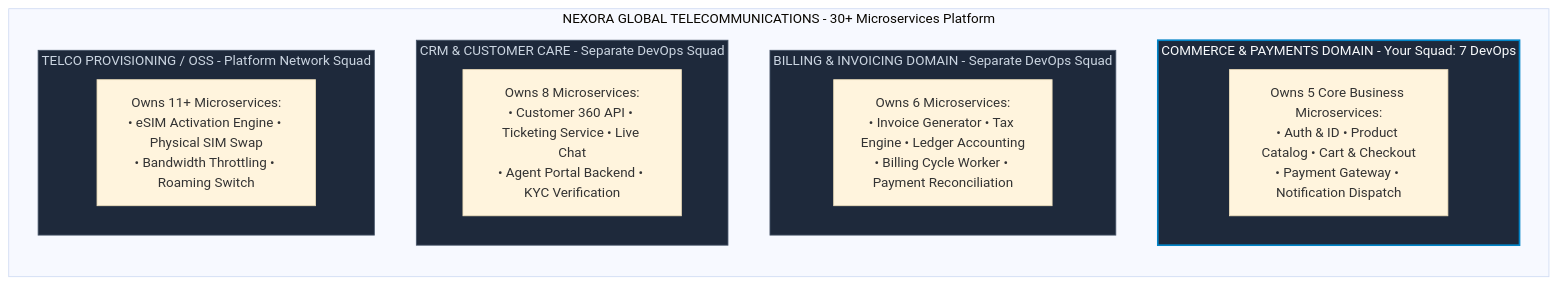
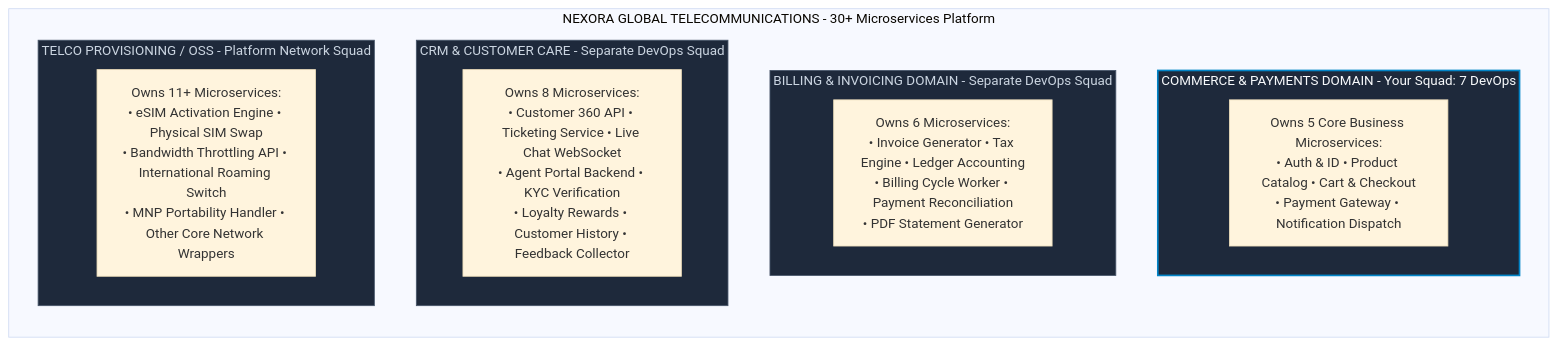
The first of 14 diagrams in DevOps_CI_CD_Master_Engineering_Blueprint.md (pvsafwa/devops-course-playbook), drawn with Mermaid (base theme) before and after one commit. The commit also changed other lines of this file, not shown here.

````diff
--- a/DevOps_CI_CD_Master_Engineering_Blueprint.md
+++ b/DevOps_CI_CD_Master_Engineering_Blueprint.md
@@ -26,22 +29,22 @@
 ```mermaid
 flowchart TB
     subgraph EnterprisePlatform["NEXORA GLOBAL TELECOMMUNICATIONS - 30+ Microservices Platform"]
         direction TB
         subgraph Domain1["COMMERCE & PAYMENTS DOMAIN - Your Squad: 7 DevOps"]
             D1_Desc["Owns 5 Core Business Microservices:<br/>• Auth & ID • Product Catalog • Cart & Checkout<br/>• Payment Gateway • Notification Dispatch"]
         end
         subgraph Domain2["BILLING & INVOICING DOMAIN - Separate DevOps Squad"]
-            D2_Desc["Owns 6 Microservices:<br/>• Invoice Generator • Tax Engine • Ledger Accounting<br/>• Billing Cycle Worker • Payment Reconciliation"]
+            D2_Desc["Owns 6 Microservices:<br/>• Invoice Generator • Tax Engine • Ledger Accounting<br/>• Billing Cycle Worker • Payment Reconciliation<br/>• PDF Statement Generator"]
         end
         subgraph Domain3["CRM & CUSTOMER CARE - Separate DevOps Squad"]
-            D3_Desc["Owns 8 Microservices:<br/>• Customer 360 API • Ticketing Service • Live Chat<br/>• Agent Portal Backend • KYC Verification"]
+            D3_Desc["Owns 8 Microservices:<br/>• Customer 360 API • Ticketing Service • Live Chat WebSocket<br/>• Agent Portal Backend • KYC Verification<br/>• Loyalty Rewards • Customer History • Feedback Collector"]
         end
         subgraph Domain4["TELCO PROVISIONING / OSS - Platform Network Squad"]
-            D4_Desc["Owns 11+ Microservices:<br/>• eSIM Activation Engine • Physical SIM Swap<br/>• Bandwidth Throttling • Roaming Switch"]
+            D4_Desc["Owns 11+ Microservices:<br/>• eSIM Activation Engine • Physical SIM Swap<br/>• Bandwidth Throttling API • International Roaming Switch<br/>• MNP Portability Handler • Other Core Network Wrappers"]
         end
     end
     classDef primary fill:#1e293b,stroke:#0284c7,stroke-width:2px,color:#f8fafc;
     classDef secondary fill:#1e293b,stroke:#475569,stroke-width:1px,color:#cbd5e1;
     class Domain1 primary;
     class Domain2,Domain3,Domain4 secondary;
 ```
````
